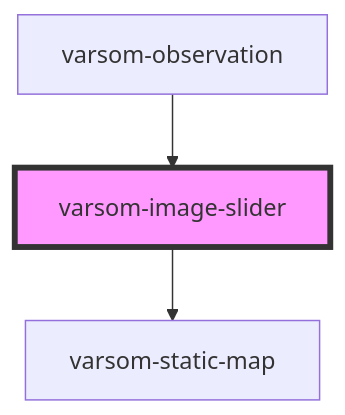
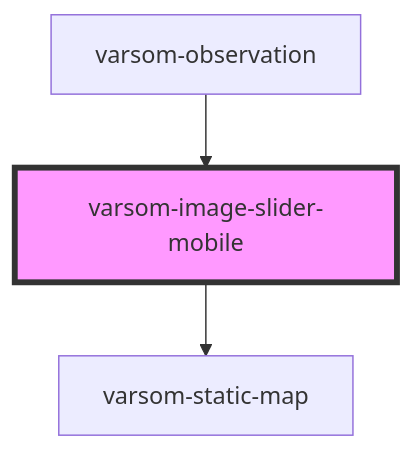
Before and after one commit to NVE/varsom-observation: the diagram in src/components/varsom-image-slider-mobile/readme.md, drawn with Mermaid. The commit also changed 5 other files, not shown here.

````diff
--- a/src/components/varsom-image-slider-mobile/readme.md
+++ b/src/components/varsom-image-slider-mobile/readme.md
@@ -29,6 +29,6 @@
 ```mermaid
 graph TD;
-  varsom-image-slider --> varsom-static-map
-  varsom-observation --> varsom-image-slider
-  style varsom-image-slider fill:#f9f,stroke:#333,stroke-width:4px
+  varsom-image-slider-mobile --> varsom-static-map
+  varsom-observation --> varsom-image-slider-mobile
+  style varsom-image-slider-mobile fill:#f9f,stroke:#333,stroke-width:4px
 ```
````
